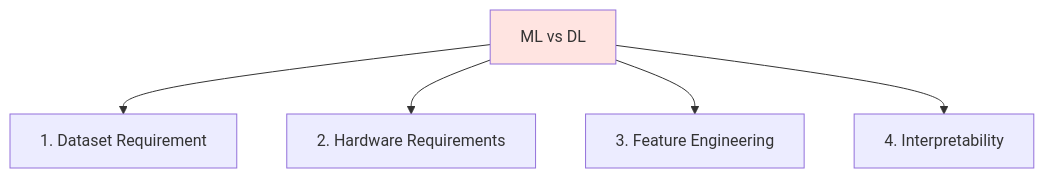
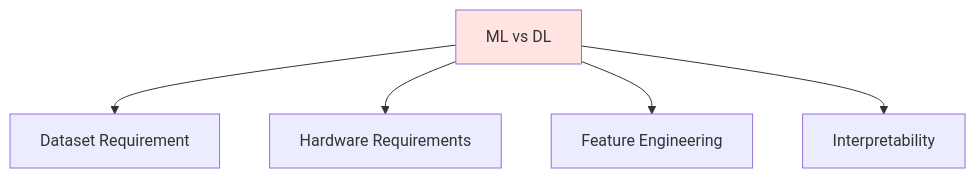
One commit to rachitgoyal14/deep-learning changed the second of 8 diagrams in 100Days/100DaysOfDeepLearning/0. What is Deep Learning.md. Above: the diagram before and after it, drawn with Mermaid. The commit also changed other lines of this file and 7 other files, not shown here.

````diff
--- a/100Days/100DaysOfDeepLearning/0. What is Deep Learning.md
+++ b/100Days/100DaysOfDeepLearning/0. What is Deep Learning.md
@@ -35,9 +32,9 @@
 ```mermaid
 graph TD
-    A[ML vs DL] --> B[1. Dataset Requirement]
-    A --> C[2. Hardware Requirements]
-    A --> D[3. Feature Engineering]
-    A --> E[4. Interpretability]
+    A[ML vs DL] --> B[Dataset Requirement]
+    A --> C[Hardware Requirements]
+    A --> D[Feature Engineering]
+    A --> E[Interpretability]
     
     style A fill:#FFE4E1
 ```
````
